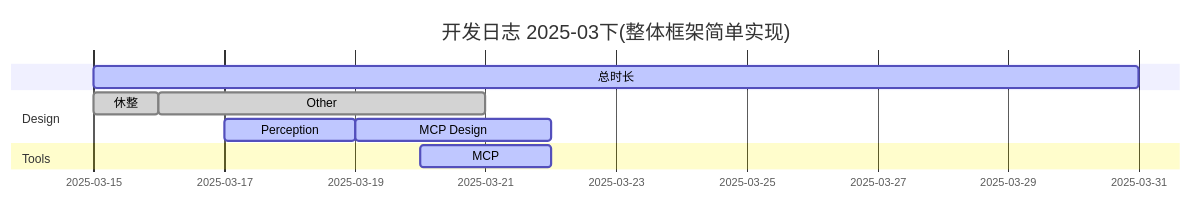
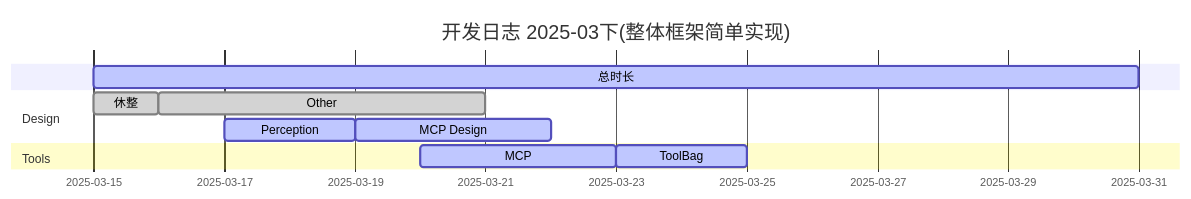
One commit to SleeeepyZhou/AIdot changed the second of 2 diagrams in addons/AIdot/.Asset/Develop_log.md. Above: the diagram before and after it, drawn with Mermaid.

Commit message:
Update log

````diff
--- a/addons/AIdot/.Asset/Develop_log.md
+++ b/addons/AIdot/.Asset/Develop_log.md
@@ -57,21 +57,22 @@
 ```mermaid
 ---
 displayMode: compact
 ---
 gantt
 	title 开发日志 2025-03下(整体框架简单实现)
 	dateFormat  YYYY-MM-DD
 	总时长 :active, 2025-03-15, 16d
 	section Design
 		休整 :done, 2025-03-15, 1d
 		Other :done, 2025-03-16, 5d
 		Perception :active, 2025-03-17, 2d
 		MCP Design :active, 2025-03-19, 3d
 	section Model Layer
 	section Agent
 	section Memory
 	section Perception
 	section Planning
 	section Tools
-		MCP :active, 2025-03-20, 2d
+		MCP :active, 2025-03-20, 3d
+		ToolBag :active, 2025-03-23, 2d
 ```
````
